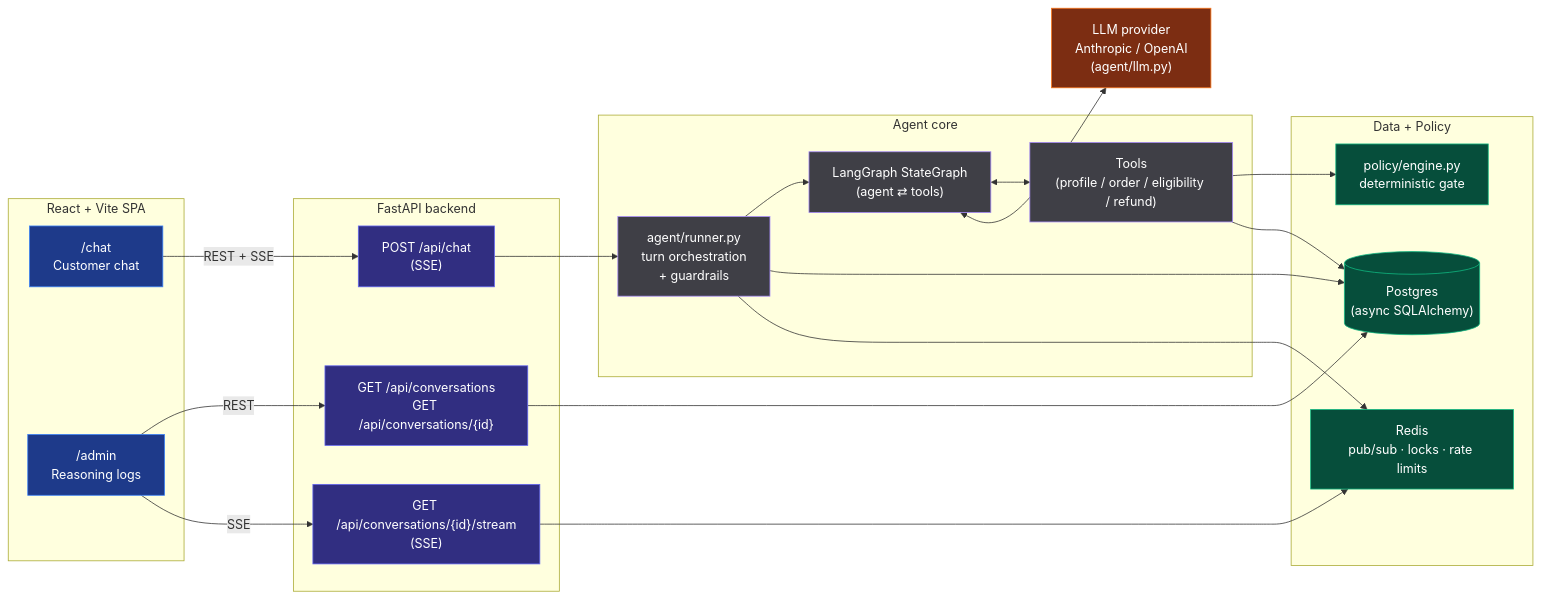
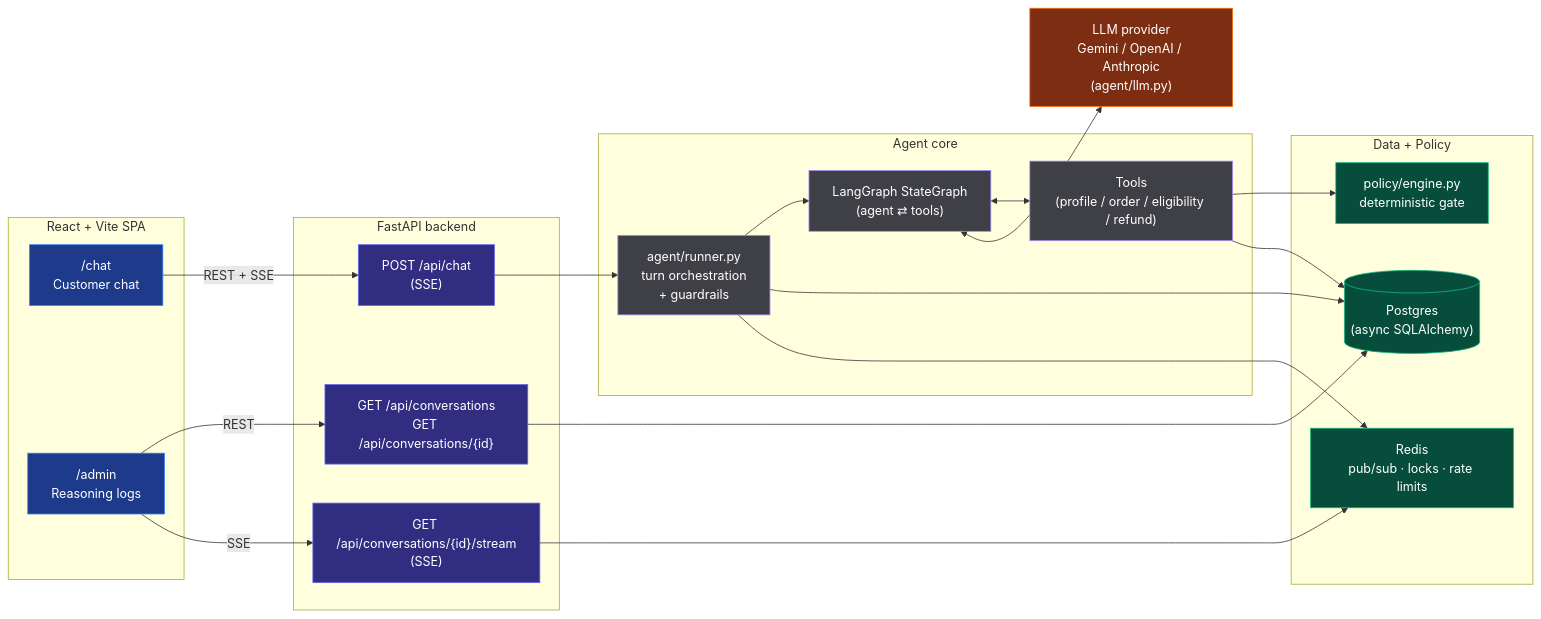
Before and after one commit to LikhithV02/Customer-Support-Agent: the first of 2 diagrams in README.md, drawn with Mermaid. The commit also changed other lines of this file and 1 other file, not shown here.

````diff
--- a/README.md
+++ b/README.md
@@ -88,55 +102,55 @@
 ```mermaid
 flowchart LR
     subgraph UI["React + Vite SPA"]
         Chat["/chat<br/>Customer chat"]
         Admin["/admin<br/>Reasoning logs"]
     end
 
     subgraph API["FastAPI backend"]
         Chat_API["POST /api/chat<br/>(SSE)"]
         Convo_REST["GET /api/conversations<br/>GET /api/conversations/{id}"]
         Stream_API["GET /api/conversations/{id}/stream<br/>(SSE)"]
     end
 
     subgraph Core["Agent core"]
         Runner["agent/runner.py<br/>turn orchestration<br/>+ guardrails"]
         Graph["LangGraph StateGraph<br/>(agent ⇄ tools)"]
         Tools["Tools<br/>(profile / order / eligibility / refund)"]
     end
 
     subgraph Data["Data + Policy"]
         Engine["policy/engine.py<br/>deterministic gate"]
         DB[("Postgres<br/>(async SQLAlchemy)")]
         Bus["Redis<br/>pub/sub · locks · rate limits"]
     end
 
-    LLM["LLM provider<br/>Anthropic / OpenAI<br/>(agent/llm.py)"]
+    LLM["LLM provider<br/>Gemini / OpenAI / Anthropic<br/>(agent/llm.py)"]
 
     Chat -- REST + SSE --> Chat_API
     Admin -- REST --> Convo_REST
     Admin -- SSE --> Stream_API
 
     Chat_API --> Runner
     Convo_REST --> DB
     Stream_API --> Bus
 
     Runner --> Graph
     Graph <--> Tools
     Graph <--> LLM
     Tools --> Engine
     Tools --> DB
     Runner --> DB
     Runner --> Bus
 
     classDef ui fill:#1e3a8a,stroke:#3b82f6,color:#fff;
     classDef api fill:#312e81,stroke:#6366f1,color:#fff;
     classDef core fill:#3f3f46,stroke:#a78bfa,color:#fff;
     classDef data fill:#064e3b,stroke:#10b981,color:#fff;
     classDef llm fill:#7c2d12,stroke:#f97316,color:#fff;
 
     class Chat,Admin ui;
     class Chat_API,Convo_REST,Stream_API api;
     class Runner,Graph,Tools core;
     class Engine,DB,Bus data;
     class LLM llm;
 ```
````
